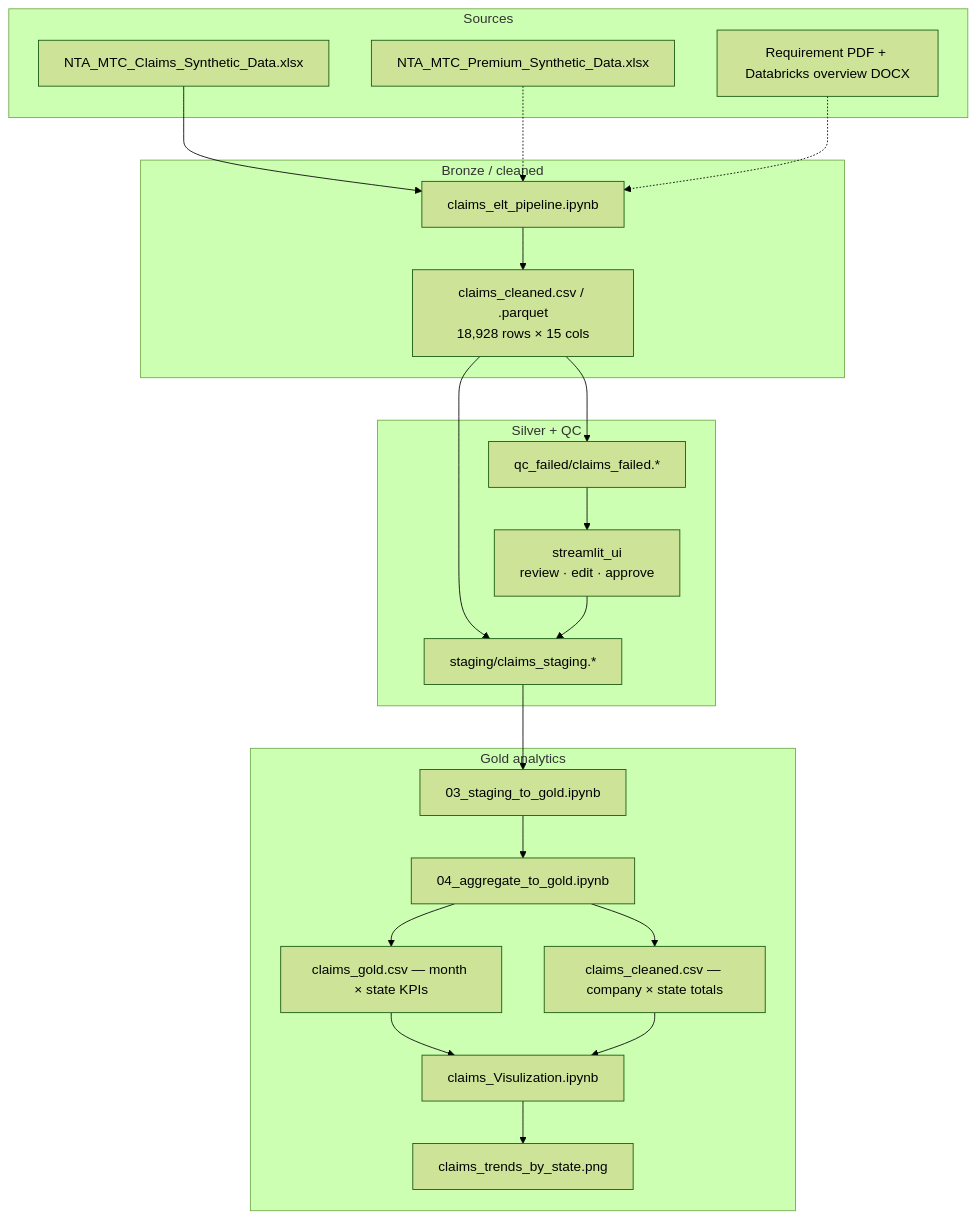
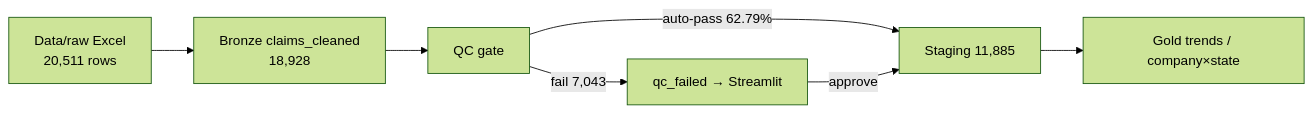
Before and after one commit to ArchanaChetan07/Insurance-Product-Performance-Analytics-Platform: the diagram in README.md, drawn with Mermaid (forest theme). The commit also changed other lines of this file, not shown here.

First line of the commit message:
Rewrite README with verified QC auto-pass headline and run path.

````diff
--- a/README.md
+++ b/README.md
@@ -75,35 +29,9 @@
 ```mermaid
-flowchart TB
-    subgraph Sources
-        XLS["NTA_MTC_Claims_Synthetic_Data.xlsx"]
-        PREM["NTA_MTC_Premium_Synthetic_Data.xlsx"]
-        DOCS["Requirement PDF + Databricks overview DOCX"]
-    end
-
-    subgraph Bronze["Bronze / cleaned"]
-        ELT["claims_elt_pipeline.ipynb"]
-        CLEAN["claims_cleaned.csv / .parquet<br/>18,928 rows × 15 cols"]
-    end
-
-    subgraph Silver["Silver + QC"]
-        STAGE["staging/claims_staging.*"]
-        FAIL["qc_failed/claims_failed.*"]
-        UI["streamlit_ui<br/>review · edit · approve"]
-    end
-
-    subgraph Gold["Gold analytics"]
-        S2G["03_staging_to_gold.ipynb"]
-        AGG["04_aggregate_to_gold.ipynb"]
-        GOLD1["claims_gold.csv — month × state KPIs"]
-        GOLD2["claims_cleaned.csv — company × state totals"]
-        VIZ["claims_Visulization.ipynb"]
-        PNG["claims_trends_by_state.png"]
-    end
-
-    XLS --> ELT --> CLEAN
-    CLEAN --> STAGE & FAIL
-    FAIL --> UI --> STAGE
-    STAGE --> S2G --> AGG --> GOLD1 & GOLD2 --> VIZ --> PNG
-    PREM -.-> ELT
-    DOCS -.-> ELT
+flowchart LR
+  XLS["Data/raw Excel<br/>20,511 rows"] --> BRONZE["Bronze claims_cleaned<br/>18,928"]
+  BRONZE --> QC["QC gate"]
+  QC -->|auto-pass 62.79%| STG["Staging 11,885"]
+  QC -->|fail 7,043| HITL["qc_failed → Streamlit"]
+  HITL -->|approve| STG
+  STG --> GOLD["Gold trends / company×state"]
 ```
````
